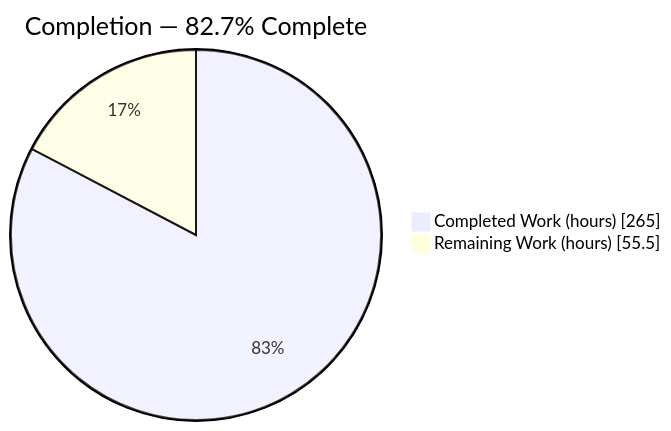
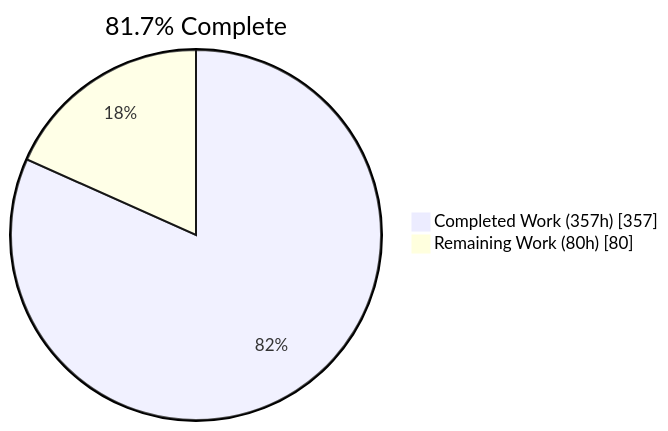
The first of 5 diagrams in blitzy/documentation/Project Guide.md (blitzy-public-samples/vendure), drawn with Mermaid before and after one commit. The commit also changed other lines of this file, not shown here.

Commit message:
Adding Blitzy Project Guide: Project Status and Human Tasks Remaining

````diff
--- a/blitzy/documentation/Project Guide.md
+++ b/blitzy/documentation/Project Guide.md
@@ -9,5 +9,5 @@
 ```mermaid
-pie showData title Completion — 82.7% Complete
-    "Completed Work (hours)" : 265
-    "Remaining Work (hours)" : 55.5
+pie showData title 81.7% Complete
+    "Completed Work (357h)" : 357
+    "Remaining Work (80h)" : 80
 ```
````
